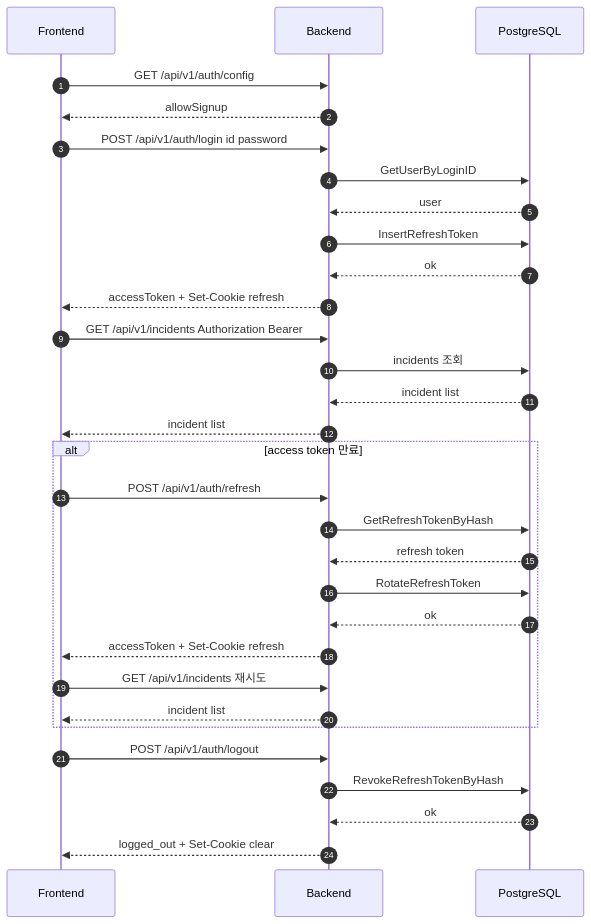
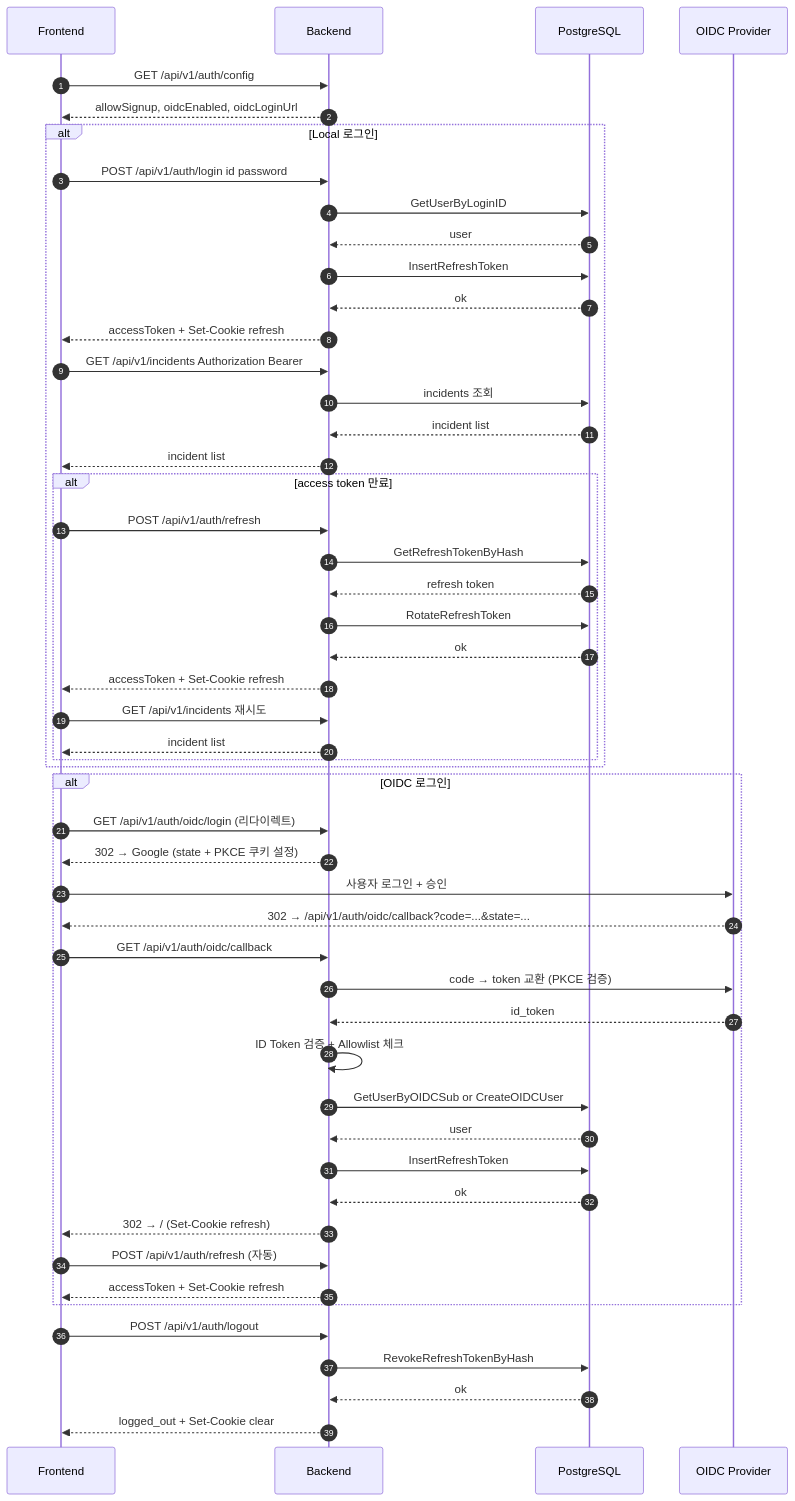
Before and after one commit to kube-rca/kuberca: the diagram in docs/diagrams/login_sequence_diagram.md, drawn with Mermaid. The commit also changed 4 other files, not shown here.

First line of the commit message:
docs: add OIDC authentication flow to diagrams and architecture

````diff
--- a/docs/diagrams/login_sequence_diagram.md
+++ b/docs/diagrams/login_sequence_diagram.md
@@ -1,38 +1,60 @@
 ```mermaid
 sequenceDiagram
   autonumber
   participant FE as Frontend
   participant BE as Backend
   participant DB as PostgreSQL
+  participant Google as OIDC Provider
 
   FE->>BE: GET /api/v1/auth/config
-  BE-->>FE: allowSignup
+  BE-->>FE: allowSignup, oidcEnabled, oidcLoginUrl
 
+  alt Local 로그인
   FE->>BE: POST /api/v1/auth/login id password
   BE->>DB: GetUserByLoginID
   DB-->>BE: user
   BE->>DB: InsertRefreshToken
   DB-->>BE: ok
   BE-->>FE: accessToken + Set-Cookie refresh
 
   FE->>BE: GET /api/v1/incidents Authorization Bearer
   BE->>DB: incidents 조회
   DB-->>BE: incident list
   BE-->>FE: incident list
 
   alt access token 만료
     FE->>BE: POST /api/v1/auth/refresh
     BE->>DB: GetRefreshTokenByHash
     DB-->>BE: refresh token
     BE->>DB: RotateRefreshToken
     DB-->>BE: ok
     BE-->>FE: accessToken + Set-Cookie refresh
     FE->>BE: GET /api/v1/incidents 재시도
     BE-->>FE: incident list
   end
 
+  end
+
+  alt OIDC 로그인
+    FE->>BE: GET /api/v1/auth/oidc/login (리다이렉트)
+    BE-->>FE: 302 → Google (state + PKCE 쿠키 설정)
+    FE->>Google: 사용자 로그인 + 승인
+    Google-->>FE: 302 → /api/v1/auth/oidc/callback?code=...&state=...
+    FE->>BE: GET /api/v1/auth/oidc/callback
+    BE->>Google: code → token 교환 (PKCE 검증)
+    Google-->>BE: id_token
+    BE->>BE: ID Token 검증 + Allowlist 체크
+    BE->>DB: GetUserByOIDCSub or CreateOIDCUser
+    DB-->>BE: user
+    BE->>DB: InsertRefreshToken
+    DB-->>BE: ok
+    BE-->>FE: 302 → / (Set-Cookie refresh)
+    FE->>BE: POST /api/v1/auth/refresh (자동)
+    BE-->>FE: accessToken + Set-Cookie refresh
+  end
+
   FE->>BE: POST /api/v1/auth/logout
   BE->>DB: RevokeRefreshTokenByHash
   DB-->>BE: ok
   BE-->>FE: logged_out + Set-Cookie clear
 ```
````
